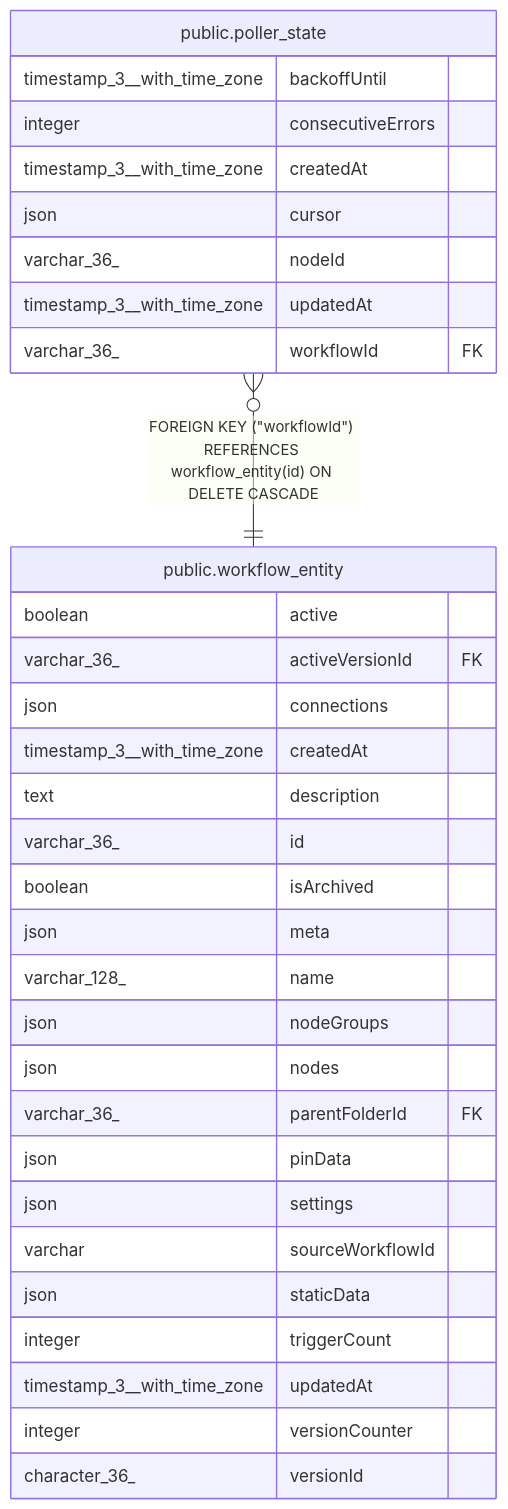
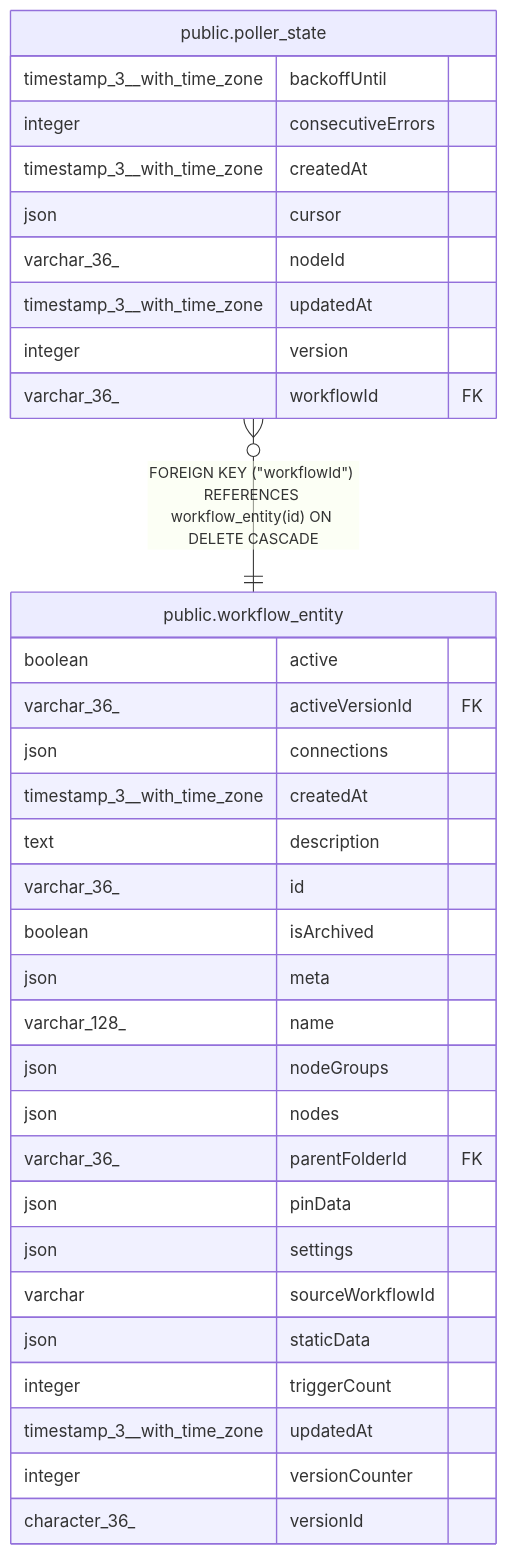
Before and after one commit to mayankjain1815-commits/n8n: the diagram in docs/generated/postgres-schema/public.poller_state.md, drawn with Mermaid. The commit also changed other lines of this file and 10 other files, not shown here.

````diff
--- a/docs/generated/postgres-schema/public.poller_state.md
+++ b/docs/generated/postgres-schema/public.poller_state.md
@@ -36,37 +38,38 @@
 ```mermaid
 erDiagram
 
 "public.poller_state" }o--|| "public.workflow_entity" : "FOREIGN KEY (#quot;workflowId#quot;) REFERENCES workflow_entity(id) ON DELETE CASCADE"
 
 "public.poller_state" {
   timestamp_3__with_time_zone backoffUntil
   integer consecutiveErrors
   timestamp_3__with_time_zone createdAt
   json cursor
   varchar_36_ nodeId
   timestamp_3__with_time_zone updatedAt
+  integer version
   varchar_36_ workflowId FK
 }
 "public.workflow_entity" {
   boolean active
   varchar_36_ activeVersionId FK
   json connections
   timestamp_3__with_time_zone createdAt
   text description
   varchar_36_ id
   boolean isArchived
   json meta
   varchar_128_ name
   json nodeGroups
   json nodes
   varchar_36_ parentFolderId FK
   json pinData
   json settings
   varchar sourceWorkflowId
   json staticData
   integer triggerCount
   timestamp_3__with_time_zone updatedAt
   integer versionCounter
   character_36_ versionId
 }
 ```
````
